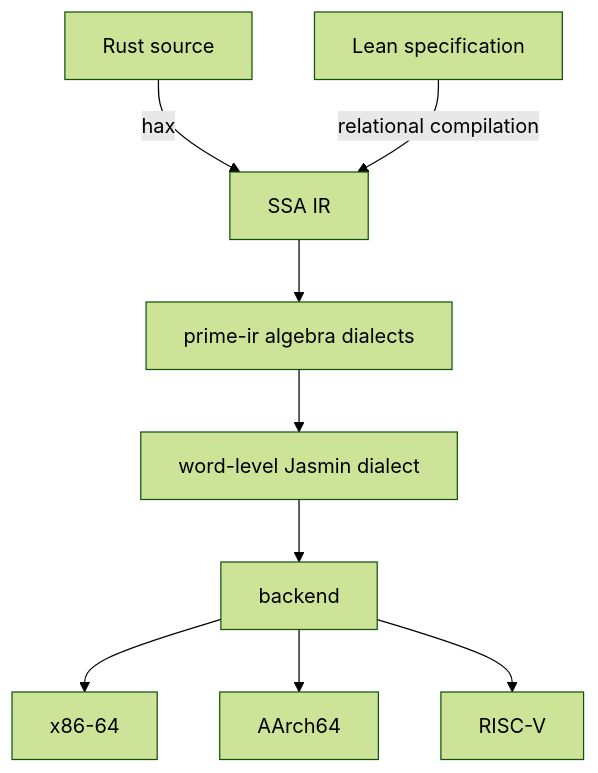
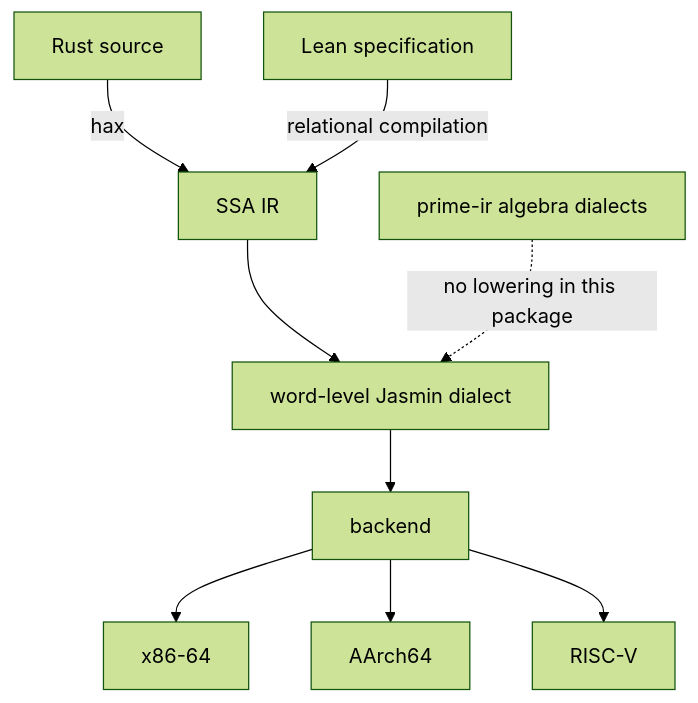
One commit to spitters/catcrypt-compiler changed the diagram in README.md. Above: the diagram before and after it, drawn with Mermaid (forest theme). The commit also changed other lines of this file and 20 other files, not shown here.

````diff
--- a/README.md
+++ b/README.md
@@ -48,11 +55,11 @@
 ```mermaid
 flowchart TD
     RUST["Rust source"] -->|hax| IR
     SPEC["Lean specification"] -->|relational compilation| IR
-    IR["SSA IR"] --> ALG["prime-ir algebra dialects"]
-    ALG --> JAS["word-level Jasmin dialect"]
+    IR["SSA IR"] --> JAS["word-level Jasmin dialect"]
+    ALG["prime-ir algebra dialects"] -.->|no lowering in this package| JAS
     JAS --> BE["backend"]
     BE --> X86["x86-64"]
     BE --> ARM["AArch64"]
     BE --> RV["RISC-V"]
 ```
````
